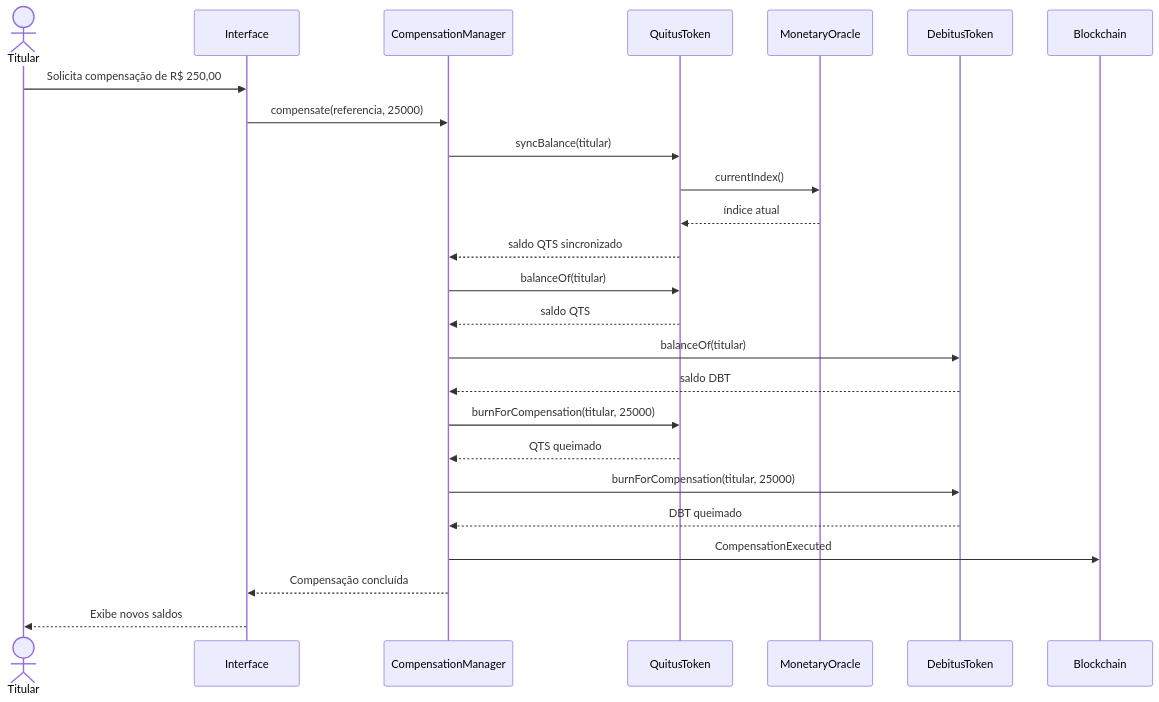
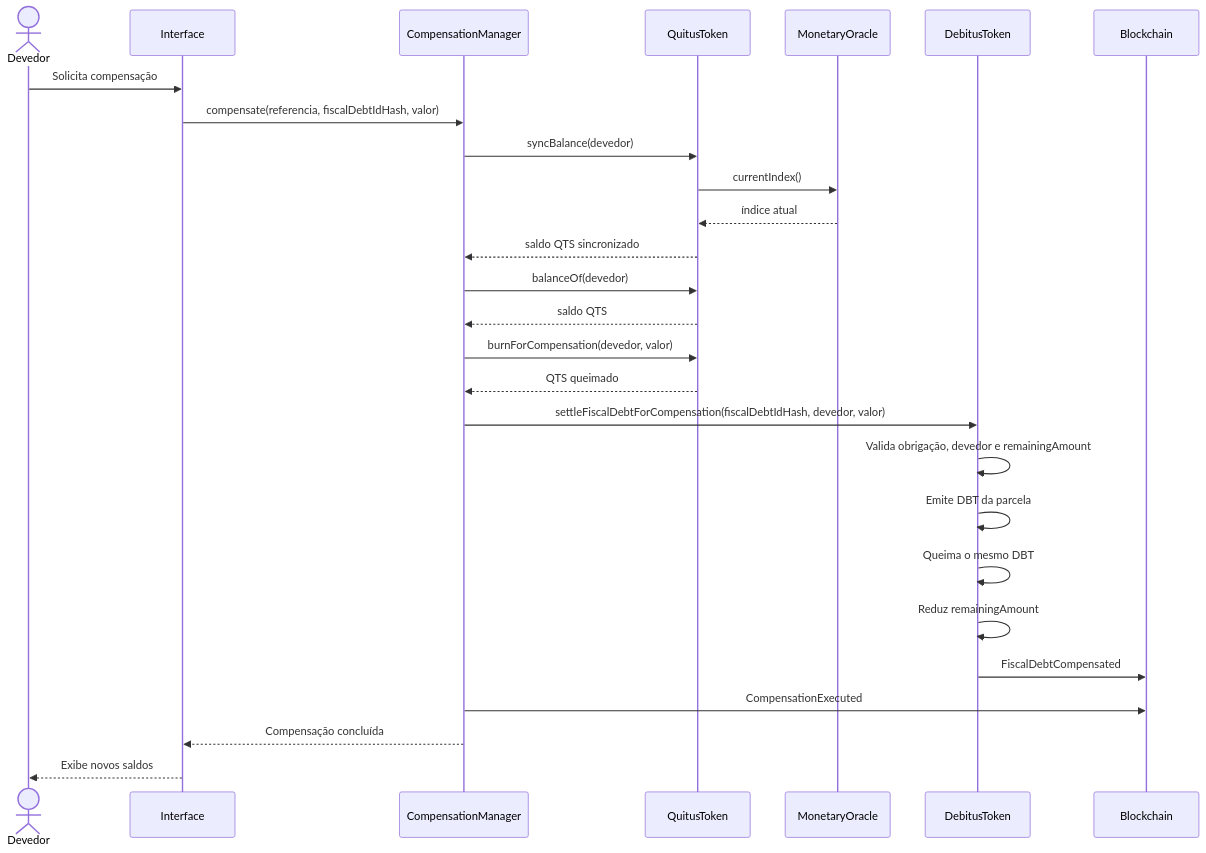
The diagram in Lab4/docs/fluxo-compensacao.md (Victor-droid165/blockchain), drawn with Mermaid before and after one commit. The commit also changed other lines of this file and 8 other files, not shown here.

````diff
--- a/Lab4/docs/fluxo-compensacao.md
+++ b/Lab4/docs/fluxo-compensacao.md
@@ -5,33 +5,35 @@
 ```mermaid
 sequenceDiagram
-    actor Titular
+    actor Devedor
     participant Interface
     participant Manager as CompensationManager
     participant QTS as QuitusToken
     participant Oracle as MonetaryOracle
     participant DBT as DebitusToken
     participant Blockchain
 
-    Titular->>Interface: Solicita compensação de R$ 250,00
-    Interface->>Manager: compensate(referencia, 25000)
+    Devedor->>Interface: Solicita compensação
+    Interface->>Manager: compensate(referencia, fiscalDebtIdHash, valor)
 
-    Manager->>QTS: syncBalance(titular)
+    Manager->>QTS: syncBalance(devedor)
     QTS->>Oracle: currentIndex()
     Oracle-->>QTS: índice atual
     QTS-->>Manager: saldo QTS sincronizado
 
-    Manager->>QTS: balanceOf(titular)
+    Manager->>QTS: balanceOf(devedor)
     QTS-->>Manager: saldo QTS
-    Manager->>DBT: balanceOf(titular)
-    DBT-->>Manager: saldo DBT
 
-    Manager->>QTS: burnForCompensation(titular, 25000)
+    Manager->>QTS: burnForCompensation(devedor, valor)
     QTS-->>Manager: QTS queimado
 
-    Manager->>DBT: burnForCompensation(titular, 25000)
-    DBT-->>Manager: DBT queimado
+    Manager->>DBT: settleFiscalDebtForCompensation(fiscalDebtIdHash, devedor, valor)
+    DBT->>DBT: Valida obrigação, devedor e remainingAmount
+    DBT->>DBT: Emite DBT da parcela
+    DBT->>DBT: Queima o mesmo DBT
+    DBT->>DBT: Reduz remainingAmount
+    DBT->>Blockchain: FiscalDebtCompensated
 
     Manager->>Blockchain: CompensationExecuted
     Manager-->>Interface: Compensação concluída
-    Interface-->>Titular: Exibe novos saldos
+    Interface-->>Devedor: Exibe novos saldos
 ```
````
